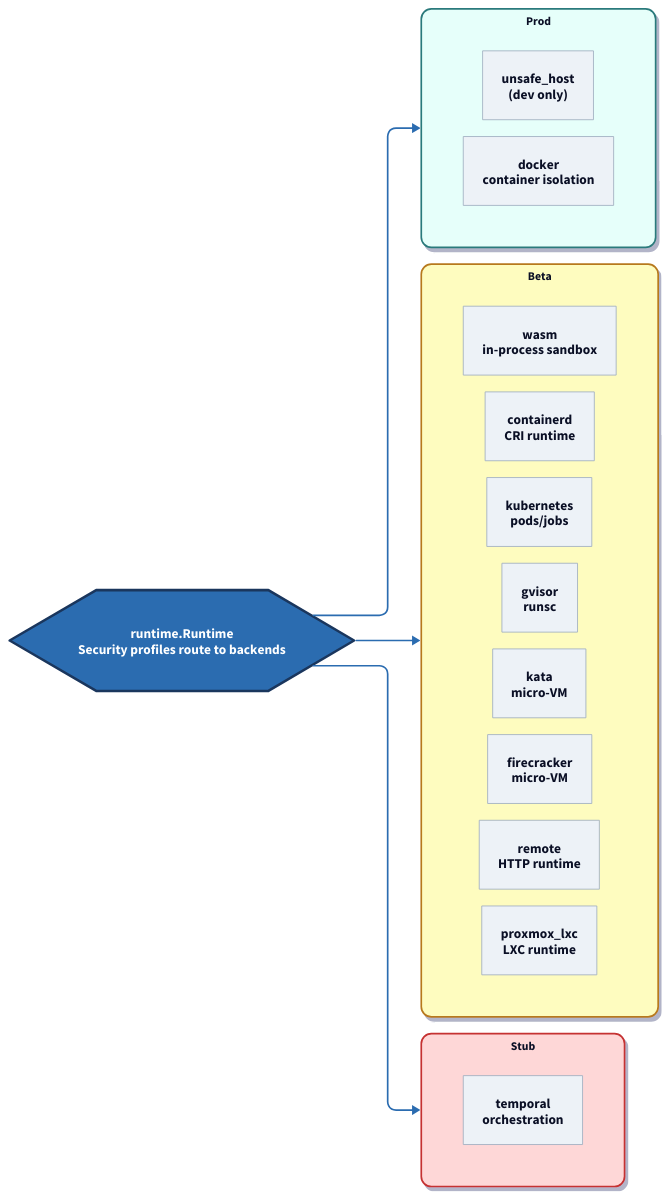
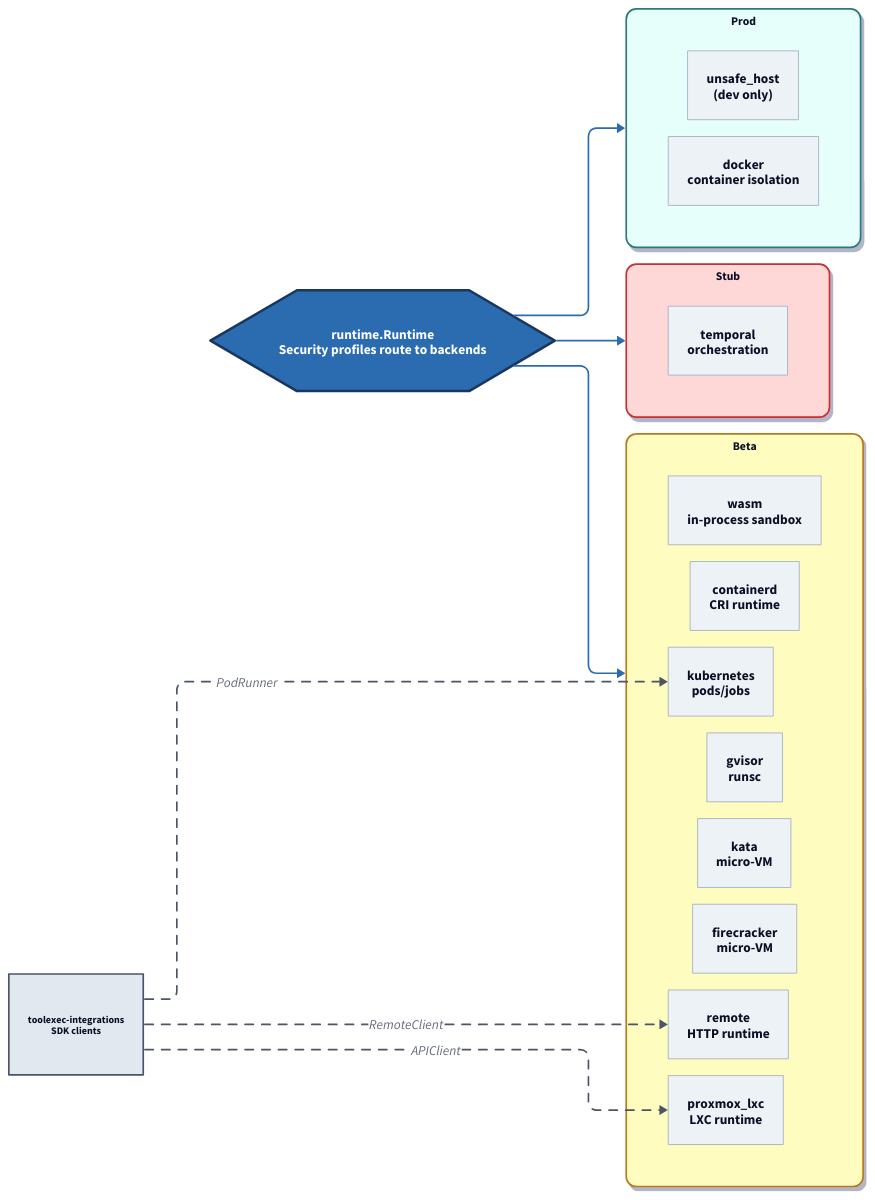
The diagram in docs/diagrams/runtime-backend-matrix.d2 (jonwraymond/ai-tools-stack), drawn with D2 before and after one commit. The commit also changed 9 other files, not shown here.

Commit message:
docs: refresh stack versions and diagrams

```diff
--- a/docs/diagrams/runtime-backend-matrix.d2
+++ b/docs/diagrams/runtime-backend-matrix.d2
@@ -1,43 +1,51 @@
 # Runtime Backend Matrix (Readiness + Isolation)
 
 direction: right
 
 vars: {
   d2-config: {
     layout-engine: elk
     theme-id: 0
   }
 }
 
 classes: {
   tier: { style: { border-radius: 12; shadow: true; font-size: 14; bold: true } }
   prod: { style: { fill: "#e6fffa"; stroke: "#2c7a7b"; stroke-width: 2 } }
   beta: { style: { fill: "#fefcbf"; stroke: "#b7791f"; stroke-width: 2 } }
   stub: { style: { fill: "#fed7d7"; stroke: "#c53030"; stroke-width: 2 } }
   backend: { style: { fill: "#edf2f7"; stroke: "#a0aec0"; stroke-width: 1 } }
+  integration: { style: { fill: "#e2e8f0"; stroke: "#4a5568"; stroke-width: 2; font-size: 12; bold: true } }
   flow: { style: { stroke: "#2b6cb0"; stroke-width: 2 } }
+  dashed: { style: { stroke: "#4a5568"; stroke-dash: 5; stroke-width: 2 } }
 }
 
 runtime: "runtime.Runtime\nSecurity profiles route to backends" { shape: hexagon; style: { fill: "#2b6cb0"; stroke: "#1a365d"; stroke-width: 3; font-color: "#fff" } }
 
 prod: "Prod" { class: tier; style: { fill: "#e6fffa"; stroke: "#2c7a7b"; stroke-width: 2 } }
 beta: "Beta" { class: tier; style: { fill: "#fefcbf"; stroke: "#b7791f"; stroke-width: 2 } }
 stub: "Stub" { class: tier; style: { fill: "#fed7d7"; stroke: "#c53030"; stroke-width: 2 } }
 
 prod.unsafe: "unsafe_host\n(dev only)" { class: backend }
 prod.docker: "docker\ncontainer isolation" { class: backend }
 
 beta.wasm: "wasm\nin-process sandbox" { class: backend }
 beta.containerd: "containerd\nCRI runtime" { class: backend }
 beta.kubernetes: "kubernetes\npods/jobs" { class: backend }
 beta.gvisor: "gvisor\nrunsc" { class: backend }
 beta.kata: "kata\nmicro-VM" { class: backend }
 beta.firecracker: "firecracker\nmicro-VM" { class: backend }
 beta.remote: "remote\nHTTP runtime" { class: backend }
 beta.proxmox: "proxmox_lxc\nLXC runtime" { class: backend }
 
 stub.temporal: "temporal\norchestration" { class: backend }
 
 runtime -> prod { class: flow }
 runtime -> beta { class: flow }
 runtime -> stub { class: flow }
+
+integrations: "toolexec-integrations\nSDK clients" { class: integration; shape: rectangle }
+
+integrations -> beta.kubernetes: "PodRunner" { class: dashed }
+integrations -> beta.proxmox: "APIClient" { class: dashed }
+integrations -> beta.remote: "RemoteClient" { class: dashed }
```
